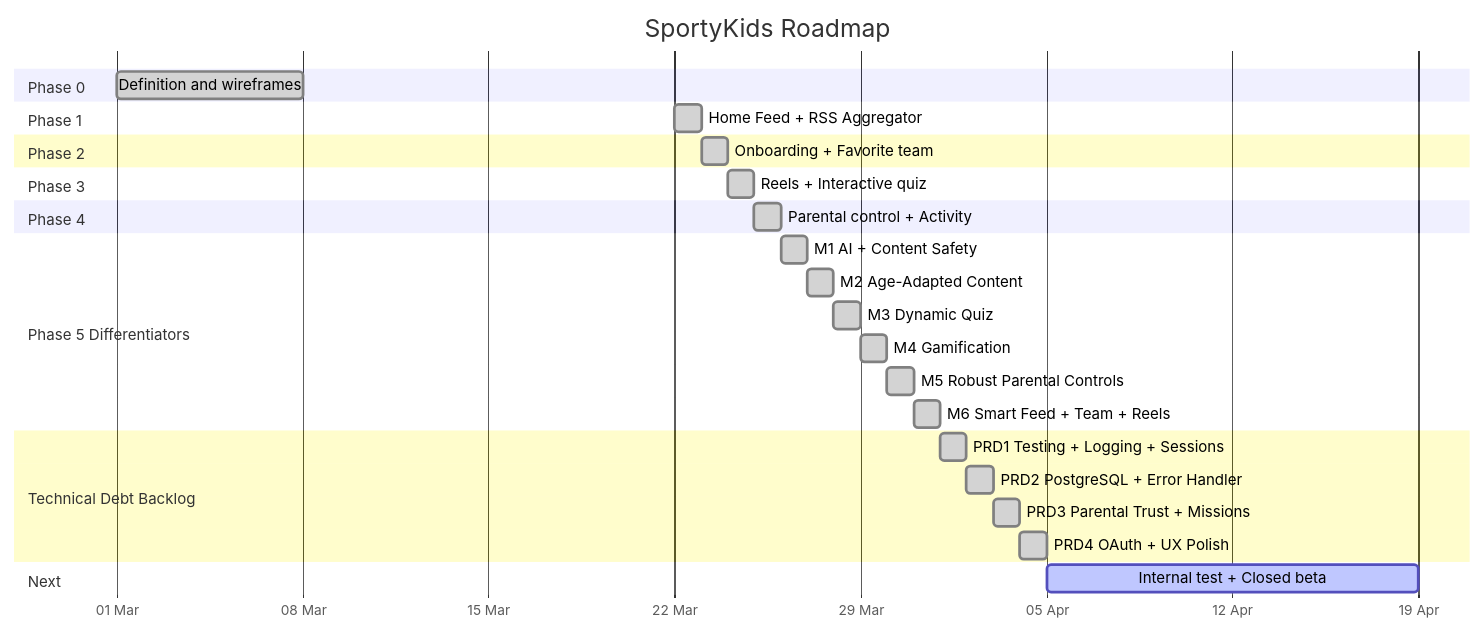
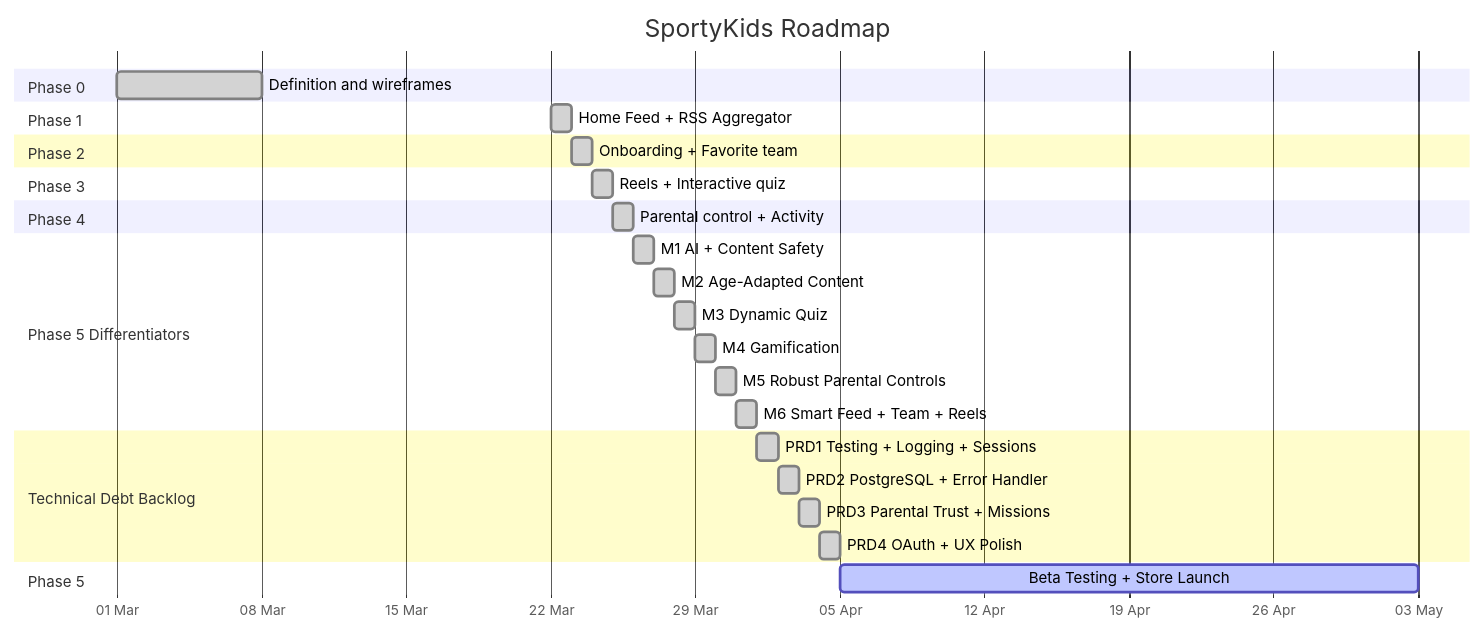
One commit to durdy48/SportyKids changed the diagram in docs/en/10-roadmap-and-decisions.md. Above: the diagram before and after it, drawn with Mermaid. The commit also changed other lines of this file and 18 other files, not shown here.

First line of the commit message:
feat: Phase 5 — Beta Testing & Store Launch preparation

````diff
--- a/docs/en/10-roadmap-and-decisions.md
+++ b/docs/en/10-roadmap-and-decisions.md
@@ -5,38 +5,38 @@
 ```mermaid
 gantt
     title SportyKids Roadmap
     dateFormat YYYY-MM-DD
     axisFormat %d %b
 
     section Phase 0
     Definition and wireframes       :done, f0, 2026-03-01, 7d
 
     section Phase 1
     Home Feed + RSS Aggregator      :done, f1, 2026-03-22, 1d
 
     section Phase 2
     Onboarding + Favorite team      :done, f2, after f1, 1d
 
     section Phase 3
     Reels + Interactive quiz        :done, f3, after f2, 1d
 
     section Phase 4
     Parental control + Activity     :done, f4, after f3, 1d
 
     section Phase 5 Differentiators
     M1 AI + Content Safety          :done, m1, after f4, 1d
     M2 Age-Adapted Content          :done, m2, after m1, 1d
     M3 Dynamic Quiz                 :done, m3, after m2, 1d
     M4 Gamification                 :done, m4, after m3, 1d
     M5 Robust Parental Controls     :done, m5, after m4, 1d
     M6 Smart Feed + Team + Reels    :done, m6, after m5, 1d
 
     section Technical Debt Backlog
     PRD1 Testing + Logging + Sessions :done, td1, after m6, 1d
     PRD2 PostgreSQL + Error Handler   :done, td2, after td1, 1d
     PRD3 Parental Trust + Missions    :done, td3, after td2, 1d
     PRD4 OAuth + UX Polish            :done, td4, after td3, 1d
 
-    section Next
-    Internal test + Closed beta     :active, f6, after td4, 14d
+    section Phase 5
+    Beta Testing + Store Launch     :active, f5, after td4, 28d
 ```
````
